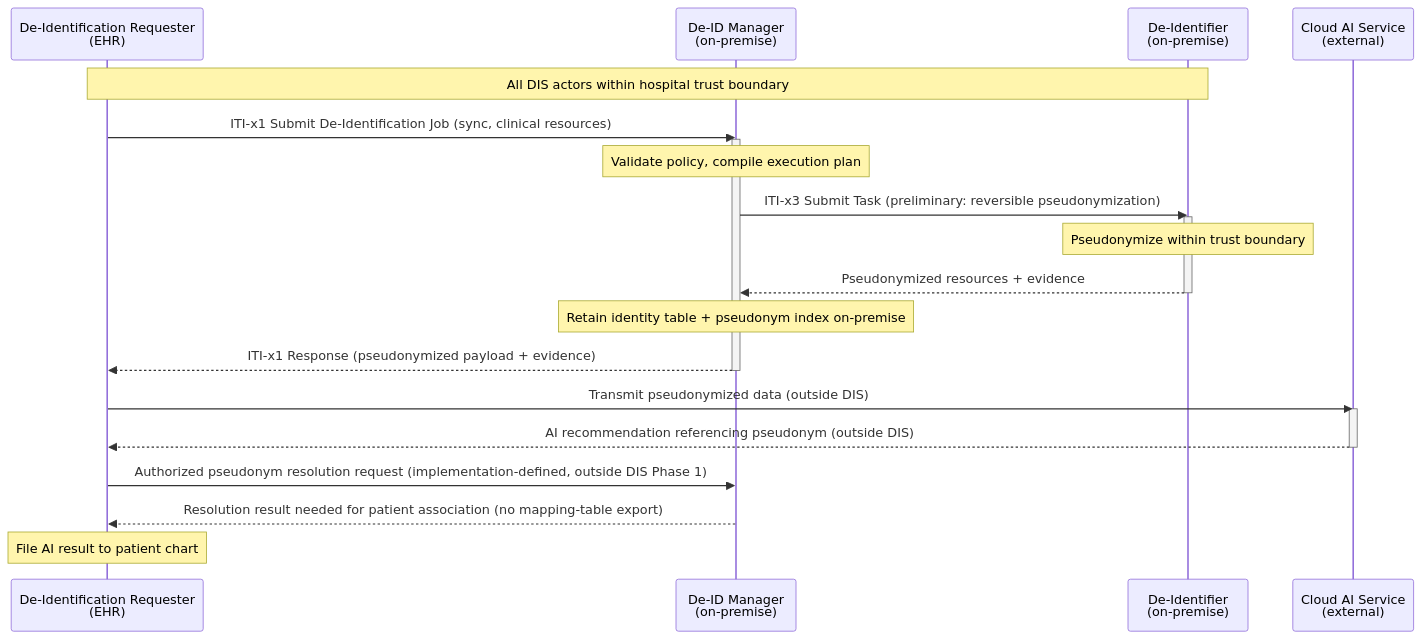
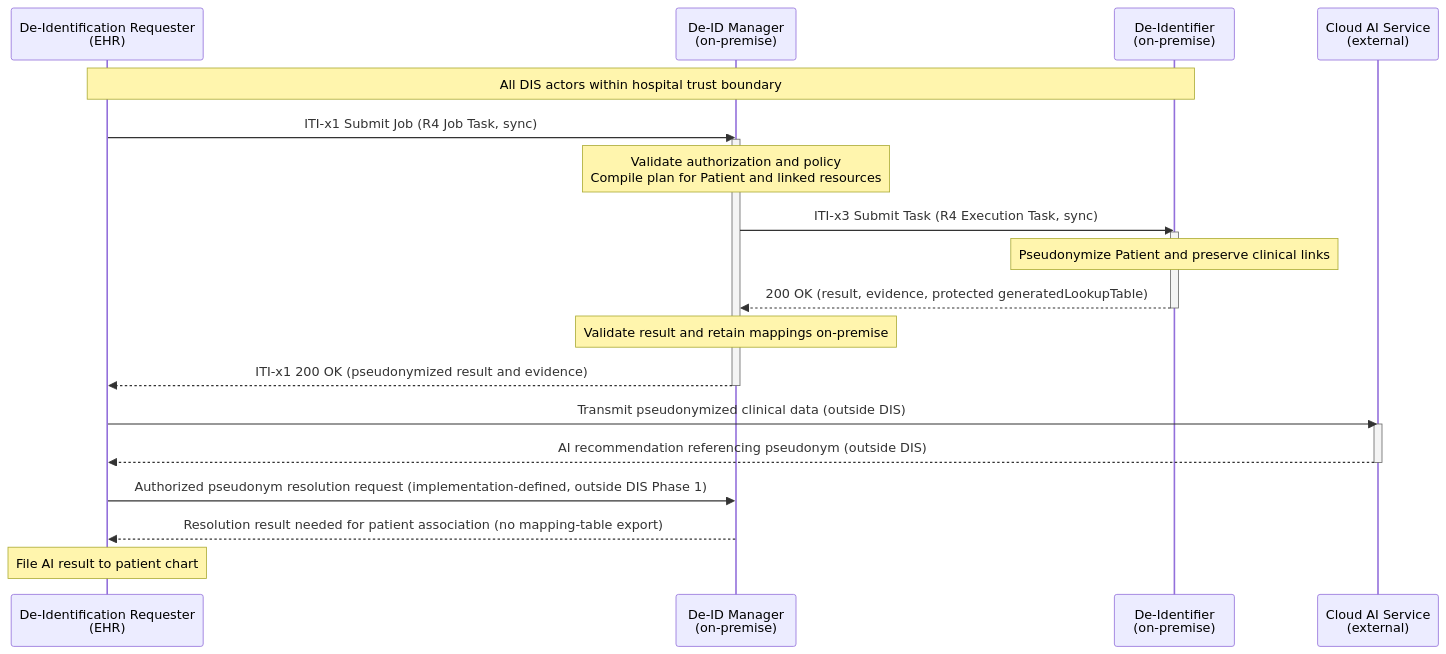
The diagram in input/images-source/dis-uc4-cloud-decision-support.mmd (IHE/ITI.DIS), drawn with Mermaid before and after one commit. The commit also changed 10 other files, not shown here.

```diff
--- a/input/images-source/dis-uc4-cloud-decision-support.mmd
+++ b/input/images-source/dis-uc4-cloud-decision-support.mmd
@@ -1,30 +1,30 @@
 sequenceDiagram
     participant EHR as De-Identification Requester<br/>(EHR)
     participant MGR as De-ID Manager<br/>(on-premise)
     participant DI as De-Identifier<br/>(on-premise)
     participant AI as Cloud AI Service<br/>(external)
 
     Note over EHR,DI: All DIS actors within hospital trust boundary
 
-    EHR->>MGR: ITI-x1 Submit De-Identification Job (sync, clinical resources)
+    EHR->>MGR: ITI-x1 Submit Job (R4 Job Task, sync)
     activate MGR
-    Note over MGR: Validate policy, compile execution plan
+    Note over MGR: Validate authorization and policy<br/>Compile plan for Patient and linked resources
 
-    MGR->>DI: ITI-x3 Submit Task (preliminary: reversible pseudonymization)
+    MGR->>DI: ITI-x3 Submit Task (R4 Execution Task, sync)
     activate DI
-    Note over DI: Pseudonymize within trust boundary
-    DI-->>MGR: Pseudonymized resources + evidence
+    Note over DI: Pseudonymize Patient and preserve clinical links
+    DI-->>MGR: 200 OK (result, evidence, protected generatedLookupTable)
     deactivate DI
 
-    Note over MGR: Retain identity table + pseudonym index on-premise
-    MGR-->>EHR: ITI-x1 Response (pseudonymized payload + evidence)
+    Note over MGR: Validate result and retain mappings on-premise
+    MGR-->>EHR: ITI-x1 200 OK (pseudonymized result and evidence)
     deactivate MGR
 
-    EHR->>AI: Transmit pseudonymized data (outside DIS)
+    EHR->>AI: Transmit pseudonymized clinical data (outside DIS)
     activate AI
     AI-->>EHR: AI recommendation referencing pseudonym (outside DIS)
     deactivate AI
 
     EHR->>MGR: Authorized pseudonym resolution request (implementation-defined, outside DIS Phase 1)
     MGR-->>EHR: Resolution result needed for patient association (no mapping-table export)
     Note over EHR: File AI result to patient chart
```
